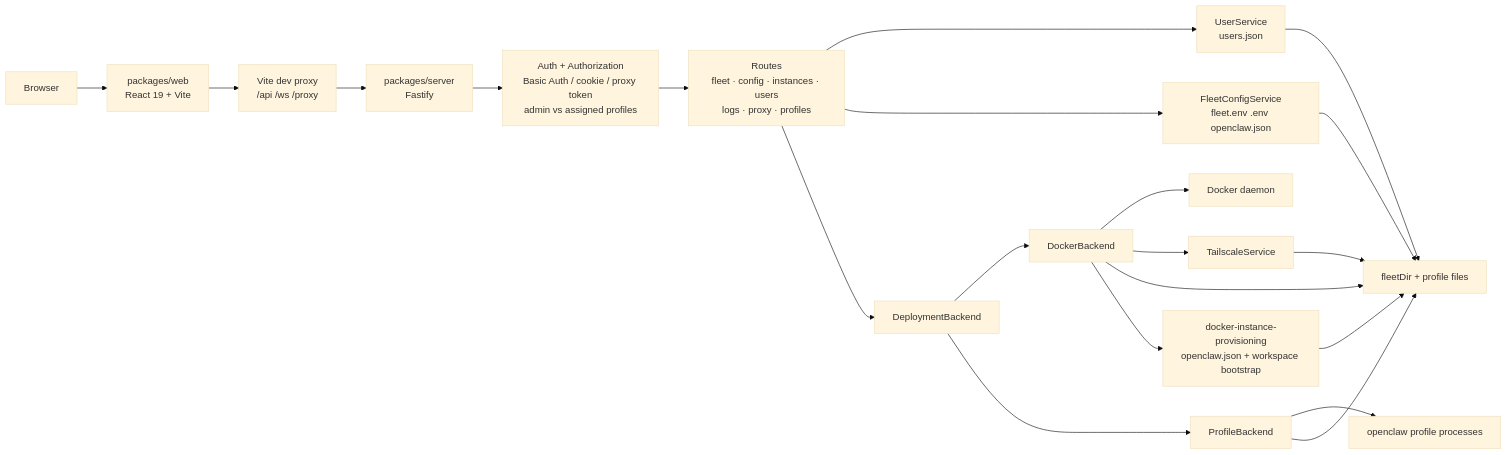
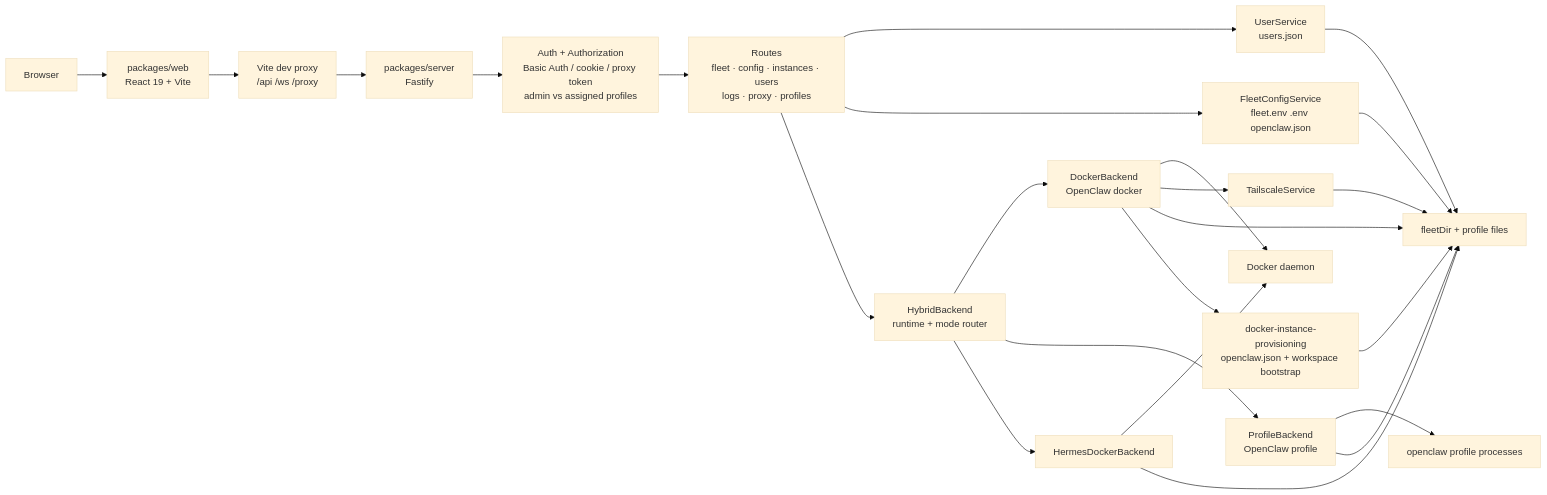
One commit to qiyuangong/claw-fleet-manager changed the diagram in docs/arch/README.md. Above: the diagram before and after it, drawn with Mermaid (base theme). The commit also changed other lines of this file and 54 other files, not shown here.

First line of the commit message:
[feat] Add Hermes Docker runtime support (#61)

````diff
--- a/docs/arch/README.md
+++ b/docs/arch/README.md
@@ -21,40 +27,44 @@
 ```mermaid
 flowchart LR
     Browser["Browser"]
     Web["packages/web<br/>React 19 + Vite"]
     Vite["Vite dev proxy<br/>/api /ws /proxy"]
     Server["packages/server<br/>Fastify"]
     Auth["Auth + Authorization<br/>Basic Auth / cookie / proxy token<br/>admin vs assigned profiles"]
     Routes["Routes<br/>fleet · config · instances · users<br/>logs · proxy · profiles"]
-    Backend["DeploymentBackend"]
-    DockerBackend["DockerBackend"]
-    ProfileBackend["ProfileBackend"]
+    Backend["HybridBackend<br/>runtime + mode router"]
+    OCDocker["DockerBackend<br/>OpenClaw docker"]
+    OCProfile["ProfileBackend<br/>OpenClaw profile"]
+    HermesDocker["HermesDockerBackend"]
     UserSvc["UserService<br/>users.json"]
     FleetCfg["FleetConfigService<br/>fleet.env .env openclaw.json"]
     Provision["docker-instance-provisioning<br/>openclaw.json + workspace bootstrap"]
     Tail["TailscaleService"]
     Docker["Docker daemon"]
     OpenClaw["openclaw profile processes"]
     Files["fleetDir + profile files"]
 
     Browser --> Web
     Web --> Vite
     Vite --> Server
     Server --> Auth
     Auth --> Routes
     Routes --> UserSvc
     Routes --> FleetCfg
     Routes --> Backend
-    Backend --> DockerBackend
-    Backend --> ProfileBackend
-    DockerBackend --> Docker
-    DockerBackend --> Tail
-    DockerBackend --> Files
-    DockerBackend --> Provision
+    Backend --> OCDocker
+    Backend --> OCProfile
+    Backend --> HermesDocker
+    OCDocker --> Docker
+    OCDocker --> Tail
+    OCDocker --> Files
+    OCDocker --> Provision
     Provision --> Files
-    ProfileBackend --> OpenClaw
-    ProfileBackend --> Files
+    OCProfile --> OpenClaw
+    OCProfile --> Files
+    HermesDocker --> Docker
+    HermesDocker --> Files
     UserSvc --> Files
     FleetCfg --> Files
     Tail --> Files
 ```
````
